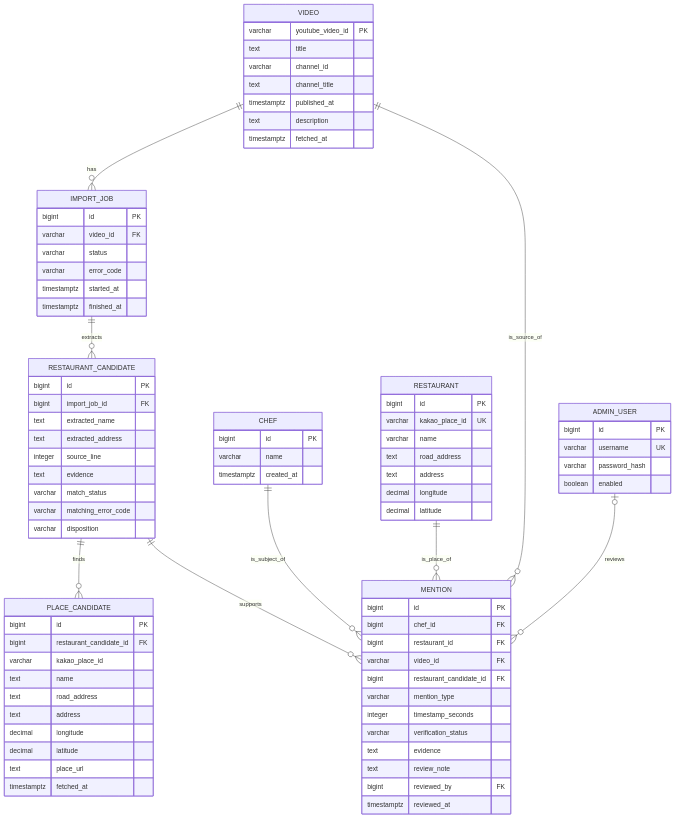
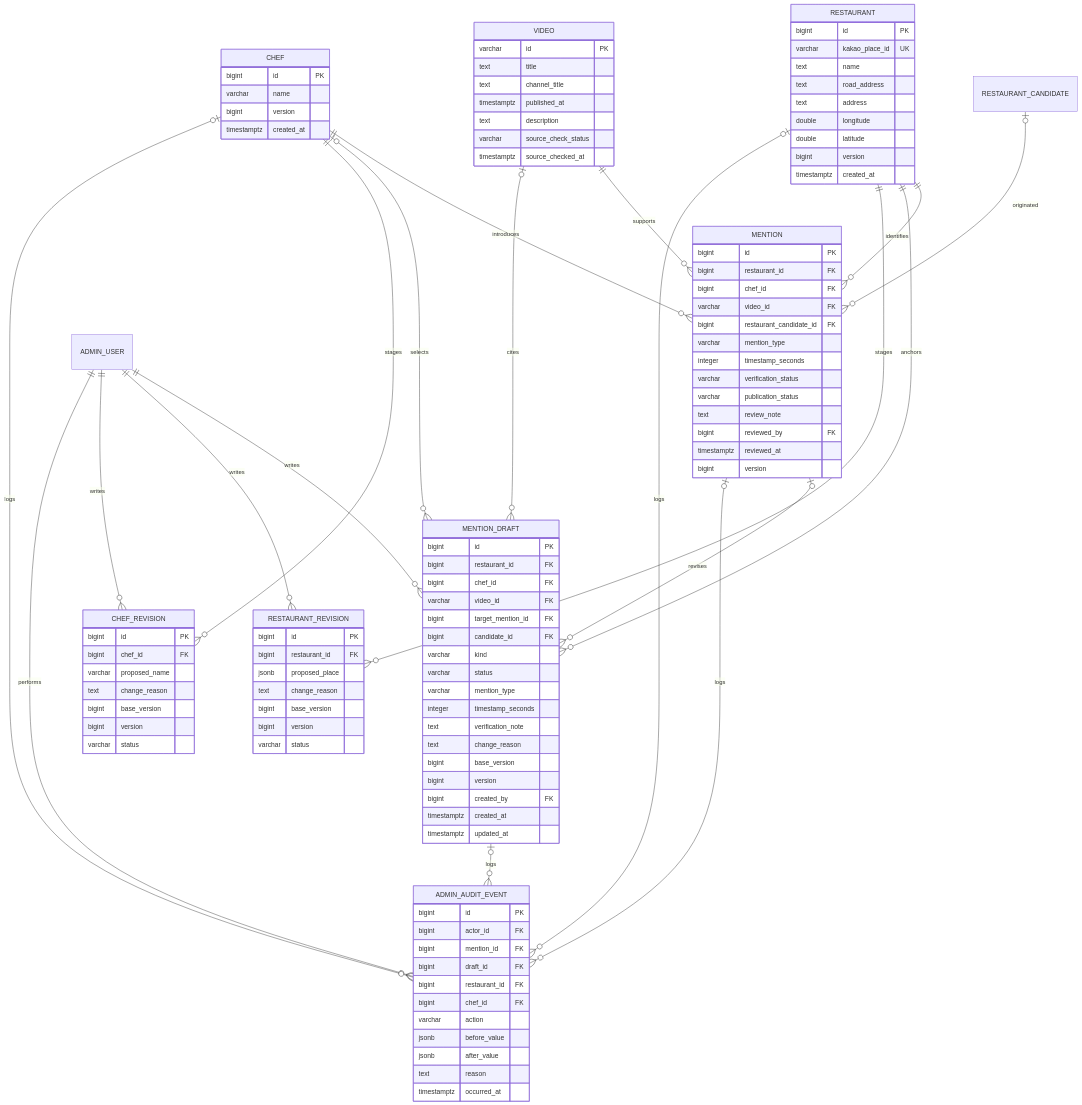
One commit to Huk9uri/sedanji changed the diagram in docs/DOMAIN_MODEL.md. Above: the diagram before and after it, drawn with Mermaid. The commit also changed other lines of this file and 3 other files, not shown here.

````diff
--- a/docs/DOMAIN_MODEL.md
+++ b/docs/DOMAIN_MODEL.md
@@ -17,86 +22,113 @@
 ```mermaid
 erDiagram
-    VIDEO ||--o{ IMPORT_JOB : has
-    IMPORT_JOB ||--o{ RESTAURANT_CANDIDATE : extracts
-    RESTAURANT_CANDIDATE ||--o{ PLACE_CANDIDATE : finds
-    RESTAURANT_CANDIDATE ||--o{ MENTION : supports
-    CHEF ||--o{ MENTION : is_subject_of
-    RESTAURANT ||--o{ MENTION : is_place_of
-    VIDEO ||--o{ MENTION : is_source_of
-    ADMIN_USER o|--o{ MENTION : reviews
+    RESTAURANT ||--o{ MENTION : identifies
+    CHEF ||--o{ MENTION : introduces
+    VIDEO ||--o{ MENTION : supports
+    RESTAURANT_CANDIDATE o|--o{ MENTION : originated
+    RESTAURANT ||--o{ MENTION_DRAFT : anchors
+    CHEF o|--o{ MENTION_DRAFT : selects
+    VIDEO o|--o{ MENTION_DRAFT : cites
+    MENTION o|--o{ MENTION_DRAFT : revises
+    RESTAURANT ||--o{ RESTAURANT_REVISION : stages
+    CHEF ||--o{ CHEF_REVISION : stages
+    ADMIN_USER ||--o{ MENTION_DRAFT : writes
+    ADMIN_USER ||--o{ RESTAURANT_REVISION : writes
+    ADMIN_USER ||--o{ CHEF_REVISION : writes
+    ADMIN_USER ||--o{ ADMIN_AUDIT_EVENT : performs
+    MENTION o|--o{ ADMIN_AUDIT_EVENT : logs
+    MENTION_DRAFT o|--o{ ADMIN_AUDIT_EVENT : logs
+    RESTAURANT o|--o{ ADMIN_AUDIT_EVENT : logs
+    CHEF o|--o{ ADMIN_AUDIT_EVENT : logs
 
+    RESTAURANT {
+        bigint id PK
+        varchar kakao_place_id UK
+        text name
+        text road_address
+        text address
+        double longitude
+        double latitude
+        bigint version
+        timestamptz created_at
+    }
     CHEF {
         bigint id PK
         varchar name
+        bigint version
         timestamptz created_at
     }
-    RESTAURANT {
-        bigint id PK
-        varchar kakao_place_id UK
-        varchar name
-        text road_address
-        text address
-        decimal longitude
-        decimal latitude
-    }
     VIDEO {
-        varchar youtube_video_id PK
+        varchar id PK
         text title
-        varchar channel_id
         text channel_title
         timestamptz published_at
         text description
-        timestamptz fetched_at
-    }
-    IMPORT_JOB {
-        bigint id PK
-        varchar video_id FK
-        varchar status
-        varchar error_code
-        timestamptz started_at
-        timestamptz finished_at
-    }
-    RESTAURANT_CANDIDATE {
-        bigint id PK
-        bigint import_job_id FK
-        text extracted_name
-        text extracted_address
-        integer source_line
-        text evidence
-        varchar match_status
-        varchar matching_error_code
-        varchar disposition
-    }
-    PLACE_CANDIDATE {
-        bigint id PK
-        bigint restaurant_candidate_id FK
-        varchar kakao_place_id
-        text name
-        text road_address
-        text address
-        decimal longitude
-        decimal latitude
-        text place_url
-        timestamptz fetched_at
+        varchar source_check_status
+        timestamptz source_checked_at
     }
     MENTION {
         bigint id PK
+        bigint restaurant_id FK
         bigint chef_id FK
-        bigint restaurant_id FK
         varchar video_id FK
         bigint restaurant_candidate_id FK
         varchar mention_type
         integer timestamp_seconds
         varchar verification_status
-        text evidence
+        varchar publication_status
         text review_note
         bigint reviewed_by FK
         timestamptz reviewed_at
+        bigint version
     }
-    ADMIN_USER {
+    MENTION_DRAFT {
         bigint id PK
-        varchar username UK
-        varchar password_hash
-        boolean enabled
+        bigint restaurant_id FK
+        bigint chef_id FK
+        varchar video_id FK
+        bigint target_mention_id FK
+        bigint candidate_id FK
+        varchar kind
+        varchar status
+        varchar mention_type
+        integer timestamp_seconds
+        text verification_note
+        text change_reason
+        bigint base_version
+        bigint version
+        bigint created_by FK
+        timestamptz created_at
+        timestamptz updated_at
+    }
+    RESTAURANT_REVISION {
+        bigint id PK
+        bigint restaurant_id FK
+        jsonb proposed_place
+        text change_reason
+        bigint base_version
+        bigint version
+        varchar status
+    }
+    CHEF_REVISION {
+        bigint id PK
+        bigint chef_id FK
+        varchar proposed_name
+        text change_reason
+        bigint base_version
+        bigint version
+        varchar status
+    }
+    ADMIN_AUDIT_EVENT {
+        bigint id PK
+        bigint actor_id FK
+        bigint mention_id FK
+        bigint draft_id FK
+        bigint restaurant_id FK
+        bigint chef_id FK
+        varchar action
+        jsonb before_value
+        jsonb after_value
+        text reason
+        timestamptz occurred_at
     }
 ```
````
